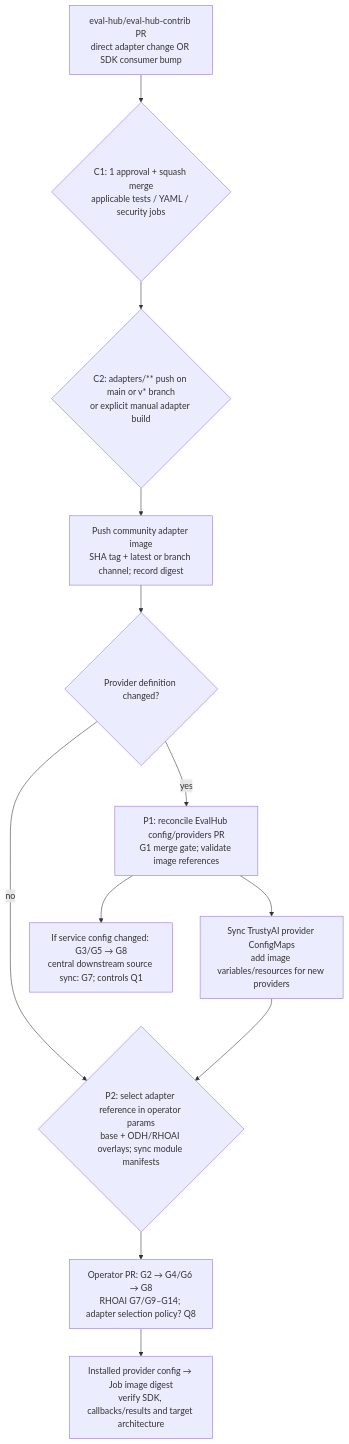
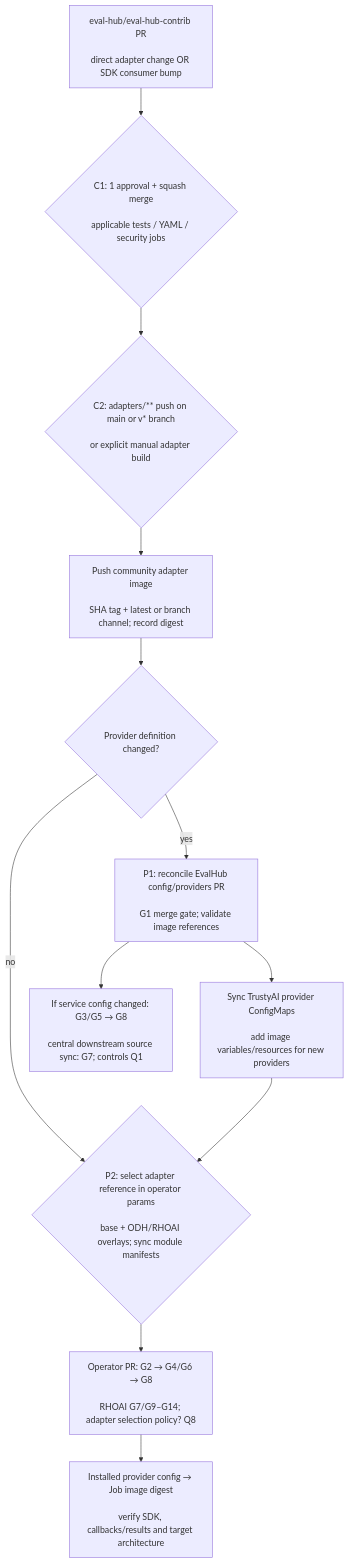
Before and after one commit to julpayne/docs: the fifth of 5 diagrams in EvalHub/pr-to-installer-build-flow.md, drawn with Mermaid. The commit also changed other lines of this file and 1 other file, not shown here.

````diff
--- a/EvalHub/pr-to-installer-build-flow.md
+++ b/EvalHub/pr-to-installer-build-flow.md
@@ -135,14 +358,35 @@
 ```mermaid
 flowchart TB
-  CPR["eval-hub/eval-hub-contrib PR<br/>direct adapter change OR SDK consumer bump"] --> C1{"C1: 1 approval + squash merge<br/>applicable tests / YAML / security jobs"}
-  C1 --> C2{"C2: adapters/** push on main or v* branch<br/>or explicit manual adapter build"}
-  C2 --> IMAGE["Push community adapter image<br/>SHA tag + latest or branch channel; record digest"]
-  IMAGE --> CHANGE{"Provider definition changed?"}
-  CHANGE -->|yes| P1["P1: reconcile EvalHub config/providers PR<br/>G1 merge gate; validate image references"]
-  P1 --> CM["Sync TrustyAI provider ConfigMaps<br/>add image variables/resources for new providers"]
+  CPR["eval-hub/eval-hub-contrib PR<br/>
+direct adapter change OR SDK consumer bump"]
+  C1{"C1: 1 approval + squash merge<br/>
+applicable tests / YAML / security jobs"}
+  CPR --> C1
+  C2{"C2: adapters/** push on main or v* branch<br/>
+or explicit manual adapter build"}
+  C1 --> C2
+  IMAGE["Push community adapter image<br/>
+SHA tag + latest or branch channel; record digest"]
+  C2 --> IMAGE
+  CHANGE{"Provider definition changed?"}
+  IMAGE --> CHANGE
+  P1["P1: reconcile EvalHub config/providers PR<br/>
+G1 merge gate; validate image references"]
+  CHANGE -->|yes| P1
+  CM["Sync TrustyAI provider ConfigMaps<br/>
+add image variables/resources for new providers"]
+  P1 --> CM
   CHANGE -->|no| P2
-  CM --> P2{"P2: select adapter reference in operator params<br/>base + ODH/RHOAI overlays; sync module manifests"}
-  P1 --> SERVICE["If service config changed: G3/G5 → G8<br/>central downstream source sync: G7; controls Q1"]
-  P2 --> OPERATOR["Operator PR: G2 → G4/G6 → G8<br/>RHOAI G7/G9–G14; adapter selection policy? Q8"]
-  OPERATOR --> VERIFY["Installed provider config → Job image digest<br/>verify SDK, callbacks/results and target architecture"]
+  P2{"P2: select adapter reference in operator params<br/>
+base + ODH/RHOAI overlays; sync module manifests"}
+  CM --> P2
+  SERVICE["If service config changed: G3/G5 → G8<br/>
+central downstream source sync: G7; controls Q1"]
+  P1 --> SERVICE
+  OPERATOR["Operator PR: G2 → G4/G6 → G8<br/>
+RHOAI G7/G9–G14; adapter selection policy? Q8"]
+  P2 --> OPERATOR
+  VERIFY["Installed provider config → Job image digest<br/>
+verify SDK, callbacks/results and target architecture"]
+  OPERATOR --> VERIFY
 ```
````
